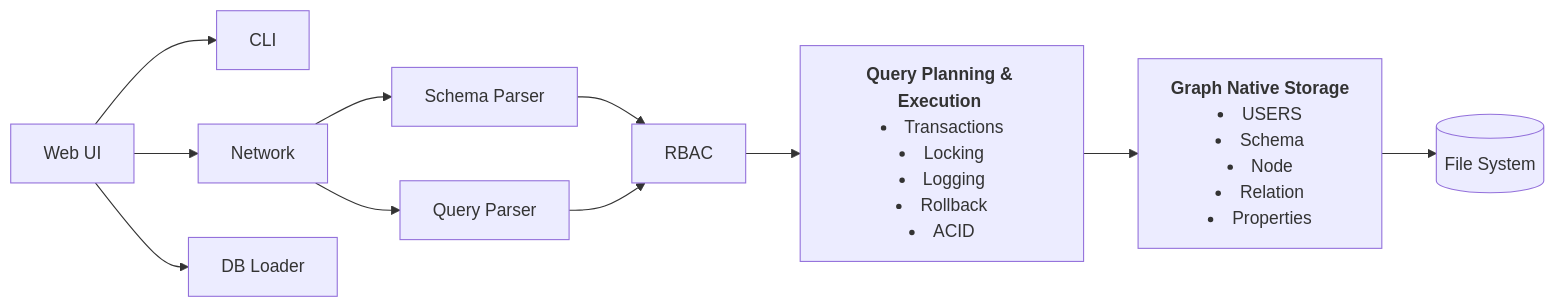
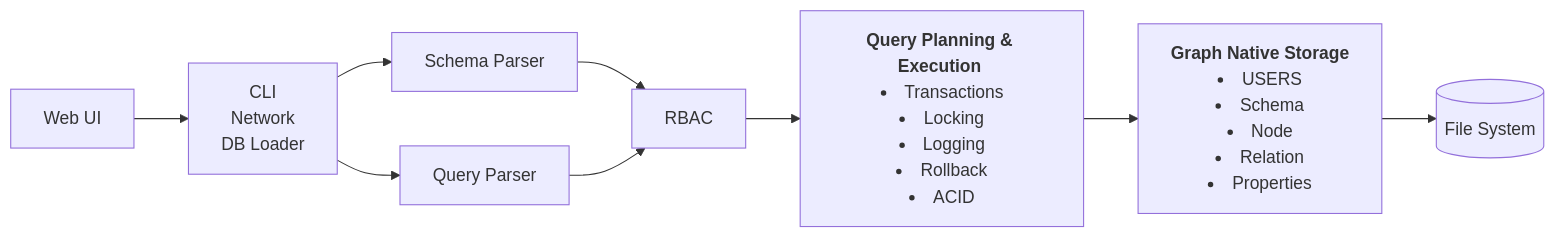
One commit to FornaxDB/fornaxdb changed the diagram in README.md. Above: the diagram before and after it, drawn with Mermaid.

````diff
--- a/README.md
+++ b/README.md
@@ -4,13 +4,11 @@
 ```mermaid
 graph LR
-    A[Web UI] --> B[CLI]
-    A --> C[Network]
-    A --> D[DB Loader]
-    C --> E[Schema Parser]
-    C --> F[Query Parser]
+    A[Web UI] --> B[CLI<br>Network<br>DB Loader]
+    B --> E[Schema Parser]
+    B --> F[Query Parser]
     E --> G[RBAC]
     F --> G
     G --> H[<b>Query Planning & Execution</b> <l><li>Transactions<li>Locking<li>Logging<li>Rollback<li>ACID<l/>]
     H --> I[<b>Graph Native Storage</b> <l><li>USERS<li>Schema<li>Node<li>Relation<li>Properties<l/>]
     I --> J[(File System)]
 ```
````
